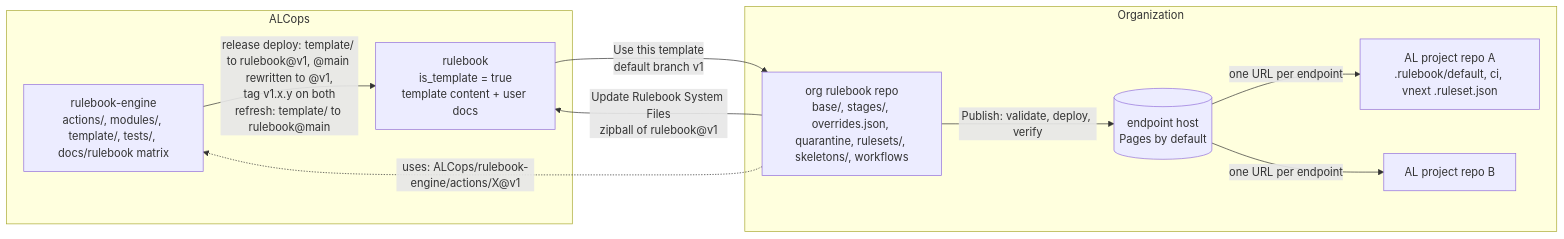
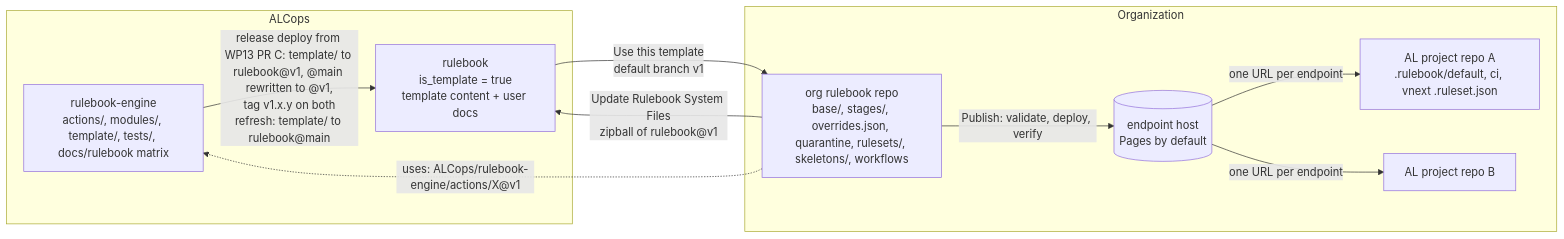
One commit to ALCops/rulebook-engine changed the first of 6 diagrams in docs/ARCHITECTURE.md. Above: the diagram before and after it, drawn with Mermaid. The commit also changed other lines of this file and 14 other files, not shown here.

````diff
--- a/docs/ARCHITECTURE.md
+++ b/docs/ARCHITECTURE.md
@@ -61,19 +61,19 @@
 ```mermaid
 flowchart LR
     subgraph alcops [ALCops]
         eng[rulebook-engine<br/>actions/, modules/, template/, tests/, docs/rulebook matrix]
         tpl[rulebook<br/>is_template = true<br/>template content + user docs]
     end
     subgraph org [Organization]
         orgrepo[org rulebook repo<br/>base/, stages/, overrides.json, quarantine, rulesets/, skeletons/, workflows]
         host[(endpoint host<br/>Pages by default)]
         proj1[AL project repo A<br/>.rulebook/default, ci, vnext .ruleset.json]
         proj2[AL project repo B]
     end
-    eng -->|release deploy: template/ to rulebook@v1, @main rewritten to @v1,<br/>tag v1.x.y on both<br/>refresh: template/ to rulebook@main| tpl
+    eng -->|release deploy from WP13 PR C: template/ to rulebook@v1, @main rewritten to @v1,<br/>tag v1.x.y on both<br/>refresh: template/ to rulebook@main| tpl
     tpl -->|Use this template<br/>default branch v1| orgrepo
     orgrepo -.->|uses: ALCops/rulebook-engine/actions/X@v1| eng
     orgrepo -->|Update Rulebook System Files<br/>zipball of rulebook@v1| tpl
     orgrepo -->|Publish: validate, deploy, verify| host
     host -->|one URL per endpoint| proj1 & proj2
 ```
````
